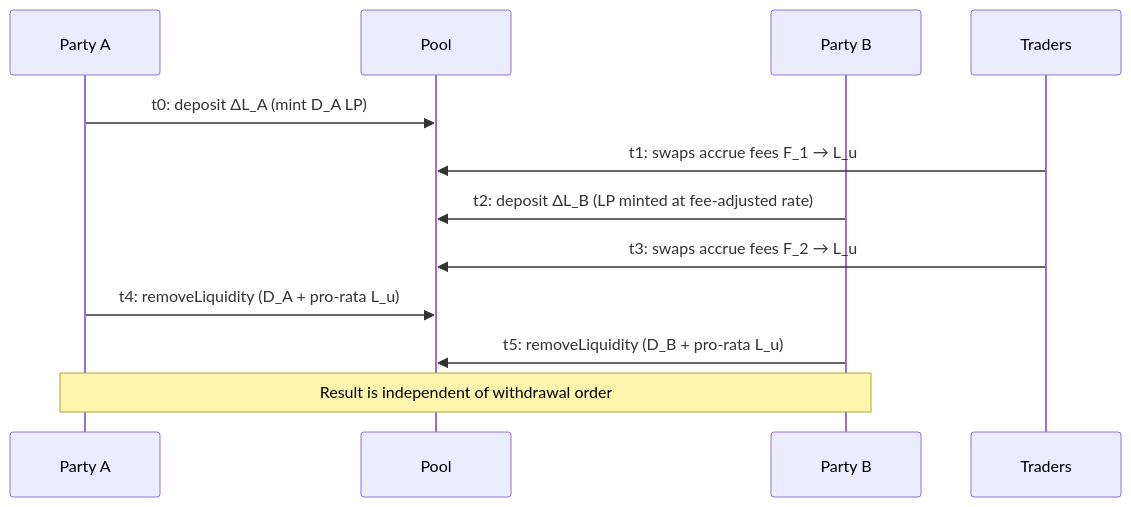
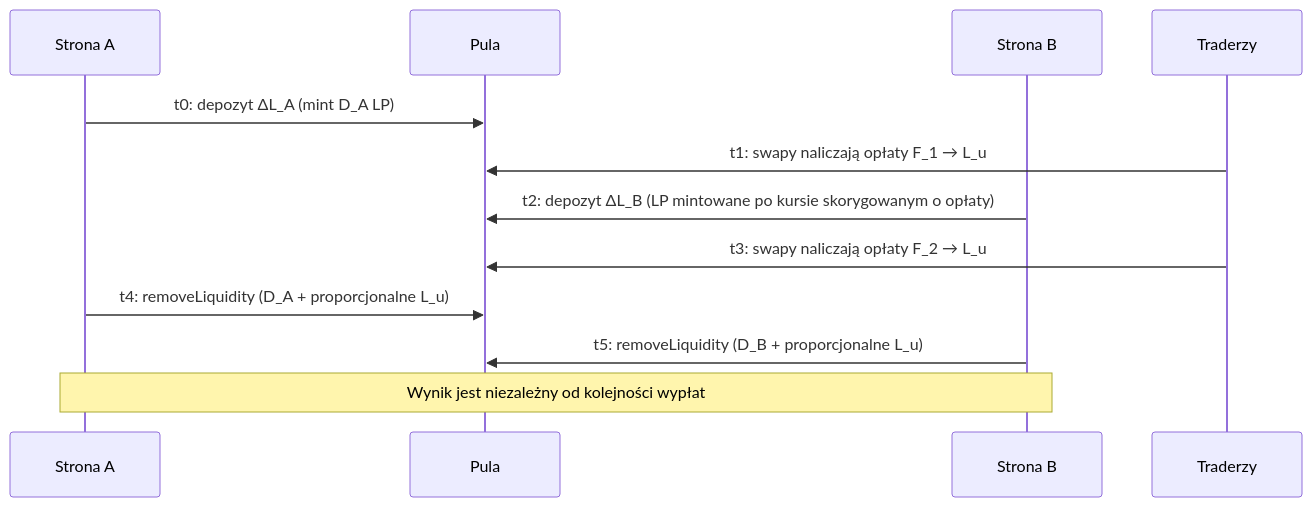
One commit to scholtz/BiatecCLAMM changed the second of 2 diagrams in docusaurus/i18n/pl/docusaurus-plugin-content-docs/current/multi-party-fee-aggregation.md. Above: the diagram before and after it, drawn with Mermaid. The commit also changed other lines of this file and 3 other files, not shown here.

Commit message:
docs(pl): address code review findings in Mermaid labels, staking-pools, and integration-guide

````diff
--- a/docusaurus/i18n/pl/docusaurus-plugin-content-docs/current/multi-party-fee-aggregation.md
+++ b/docusaurus/i18n/pl/docusaurus-plugin-content-docs/current/multi-party-fee-aggregation.md
@@ -252,14 +252,14 @@
 ```mermaid
 sequenceDiagram
-    participant A as Party A
-    participant P as Pool
-    participant B as Party B
-    participant T as Traders
-    A->>P: t0: deposit ΔL_A (mint D_A LP)
-    T->>P: t1: swaps accrue fees F_1 → L_u
-    B->>P: t2: deposit ΔL_B (LP minted at fee-adjusted rate)
-    T->>P: t3: swaps accrue fees F_2 → L_u
-    A->>P: t4: removeLiquidity (D_A + pro-rata L_u)
-    B->>P: t5: removeLiquidity (D_B + pro-rata L_u)
-    Note over A,B: Result is independent of withdrawal order
+    participant A as Strona A
+    participant P as Pula
+    participant B as Strona B
+    participant T as Traderzy
+    A->>P: t0: depozyt ΔL_A (mint D_A LP)
+    T->>P: t1: swapy naliczają opłaty F_1 → L_u
+    B->>P: t2: depozyt ΔL_B (LP mintowane po kursie skorygowanym o opłaty)
+    T->>P: t3: swapy naliczają opłaty F_2 → L_u
+    A->>P: t4: removeLiquidity (D_A + proporcjonalne L_u)
+    B->>P: t5: removeLiquidity (D_B + proporcjonalne L_u)
+    Note over A,B: Wynik jest niezależny od kolejności wypłat
 ```
````
